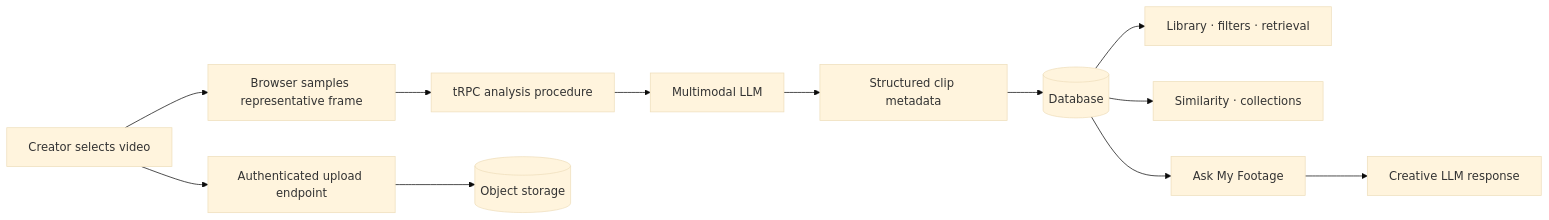
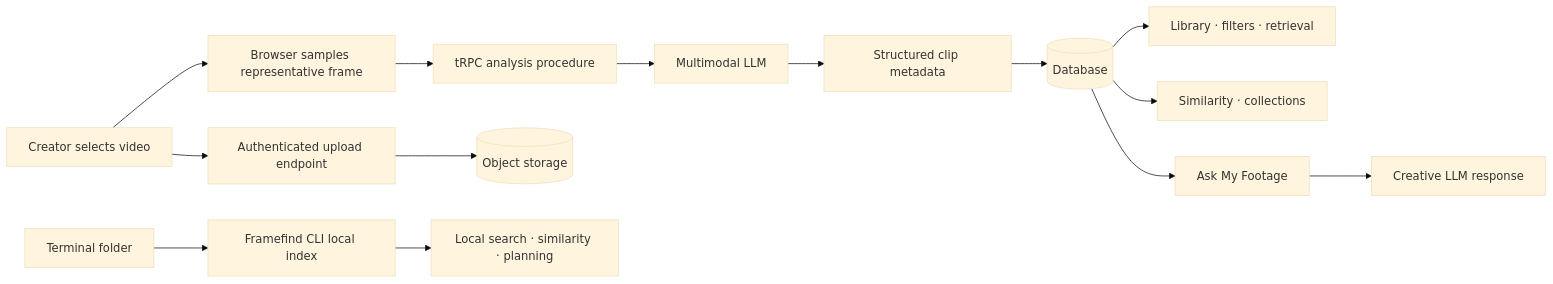
Before and after one commit to Mandyx22/ai-footage-organizer: the diagram in README.md, drawn with Mermaid (base theme). The commit also changed other lines of this file and 7 other files, not shown here.

Commit message:
Checkpoint: Framefind CLI：新增 pnpm framefind 终端入口，支持递归文件夹索引、本地 JSON 索引、自然语言检索、相似镜头、无模型本地创意规划，以及带明确确认的可选代表帧 AI 分析；同步加入 CLI 文档和 15 项测试覆盖。

````diff
--- a/README.md
+++ b/README.md
@@ -21,14 +22,16 @@
 ```mermaid
 flowchart LR
   A[Creator selects video] --> B[Browser samples representative frame]
   B --> C[tRPC analysis procedure]
   C --> D[Multimodal LLM]
   D --> E[Structured clip metadata]
   E --> F[(Database)]
   A --> G[Authenticated upload endpoint]
   G --> H[(Object storage)]
   F --> I[Library · filters · retrieval]
   F --> J[Similarity · collections]
   F --> K[Ask My Footage]
   K --> L[Creative LLM response]
+  M[Terminal folder] --> N[Framefind CLI local index]
+  N --> O[Local search · similarity · planning]
 ```
````
